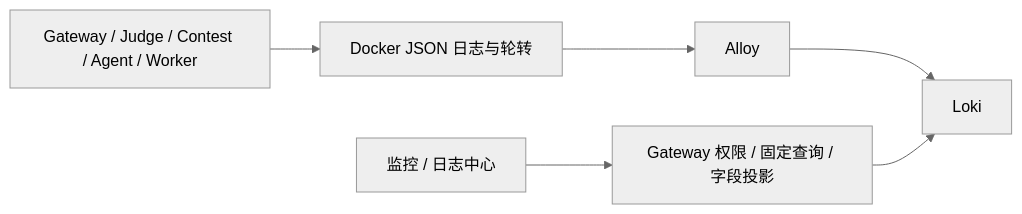
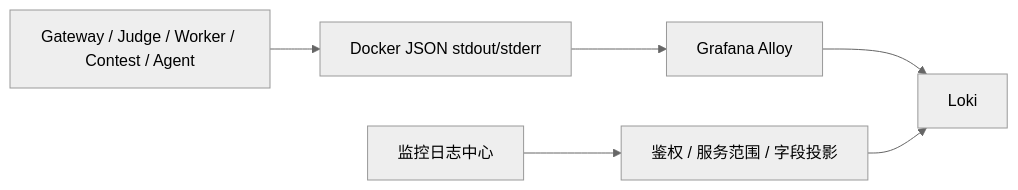
One commit to viggggil/go_oj_agent changed the diagram in docs/observability/loki.md. Above: the diagram before and after it, drawn with Mermaid (neutral theme). The commit also changed other lines of this file and 35 other files, not shown here.

````diff
--- a/docs/observability/loki.md
+++ b/docs/observability/loki.md
@@ -5,8 +7,8 @@
 ```mermaid
 flowchart LR
-  Services[Gateway / Judge / Contest / Agent / Worker] --> Docker[Docker JSON 日志与轮转]
-  Docker --> Alloy
+  Services[Gateway / Judge / Worker / Contest / Agent] --> Docker[Docker JSON stdout/stderr]
+  Docker --> Alloy[Grafana Alloy]
   Alloy --> Loki
-  Vue[监控 / 日志中心] --> Gateway[Gateway 权限 / 固定查询 / 字段投影]
+  Vue[监控日志中心] --> Gateway[鉴权 / 服务范围 / 字段投影]
   Gateway --> Loki
 ```
````
